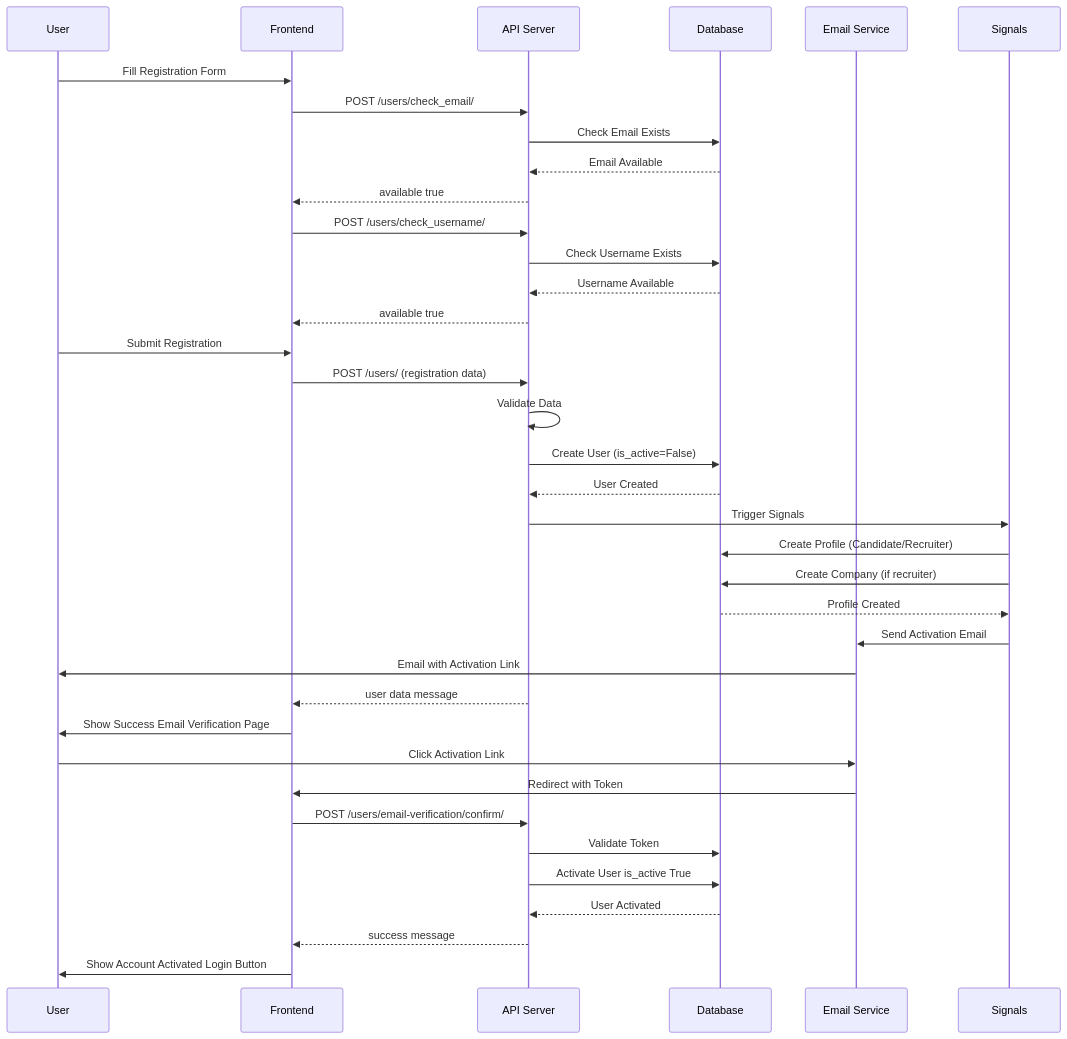
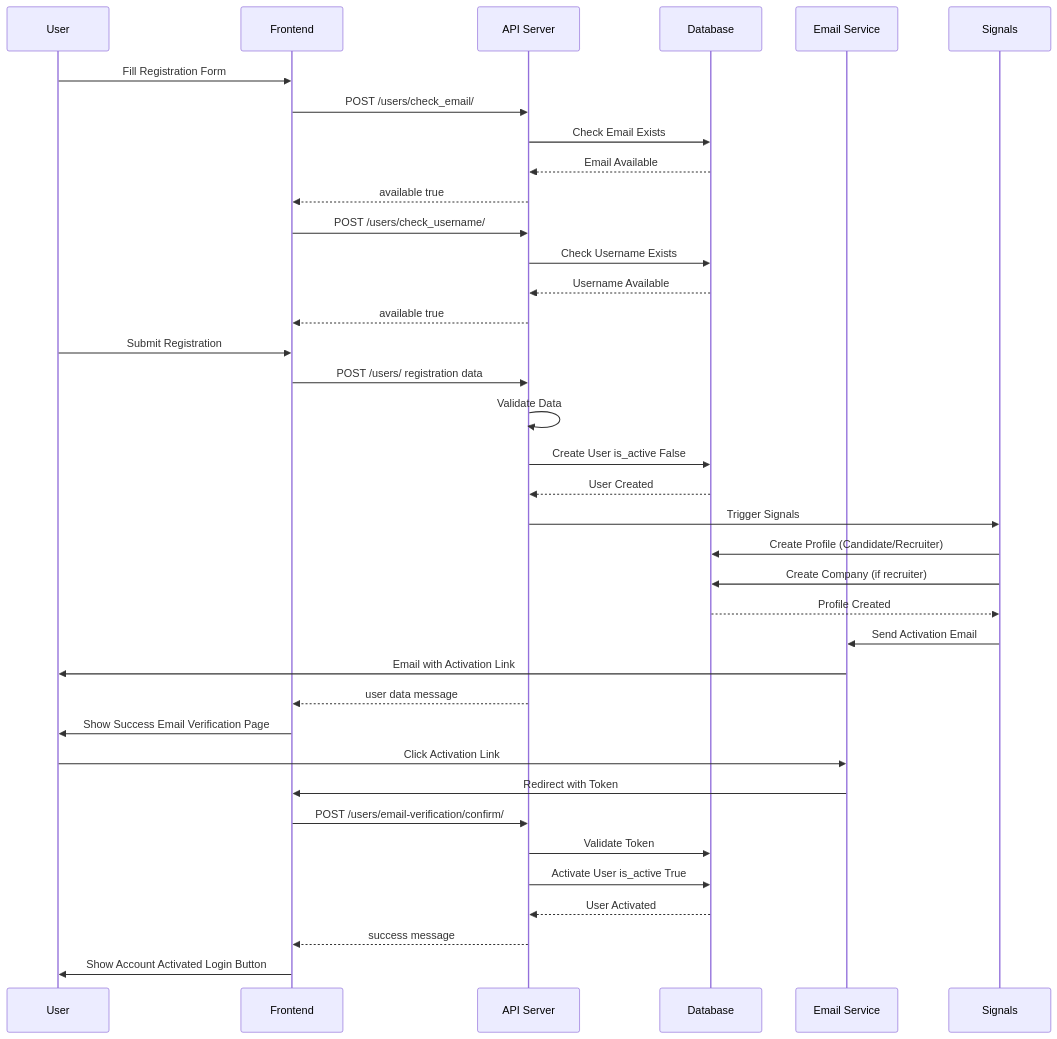
The third of 17 diagrams in SYSTEM_DOCUMENTATION.md (adil77672/recruitment-platform-docs), drawn with Mermaid before and after one commit. The commit also changed other lines of this file, not shown here.

````diff
--- a/SYSTEM_DOCUMENTATION.md
+++ b/SYSTEM_DOCUMENTATION.md
@@ -622,43 +622,43 @@
 ```mermaid
 sequenceDiagram
     participant U as User
     participant F as Frontend
     participant API as API Server
     participant DB as Database
     participant E as Email Service
     participant S as Signals
     
     U->>F: Fill Registration Form
     F->>API: POST /users/check_email/
     API->>DB: Check Email Exists
     DB-->>API: Email Available
     API-->>F: available true
     
     F->>API: POST /users/check_username/
     API->>DB: Check Username Exists
     DB-->>API: Username Available
     API-->>F: available true
     
     U->>F: Submit Registration
-    F->>API: POST /users/ (registration data)
+    F->>API: POST /users/ registration data
     API->>API: Validate Data
-    API->>DB: Create User (is_active=False)
+    API->>DB: Create User is_active False
     DB-->>API: User Created
     API->>S: Trigger Signals
     S->>DB: Create Profile (Candidate/Recruiter)
     S->>DB: Create Company (if recruiter)
     DB-->>S: Profile Created
     S->>E: Send Activation Email
     E->>U: Email with Activation Link
     API-->>F: user data message
     F->>U: Show Success Email Verification Page
     
     U->>E: Click Activation Link
     E->>F: Redirect with Token
     F->>API: POST /users/email-verification/confirm/
     API->>DB: Validate Token
     API->>DB: Activate User is_active True
     DB-->>API: User Activated
     API-->>F: success message
     F->>U: Show Account Activated Login Button
 ```
````
